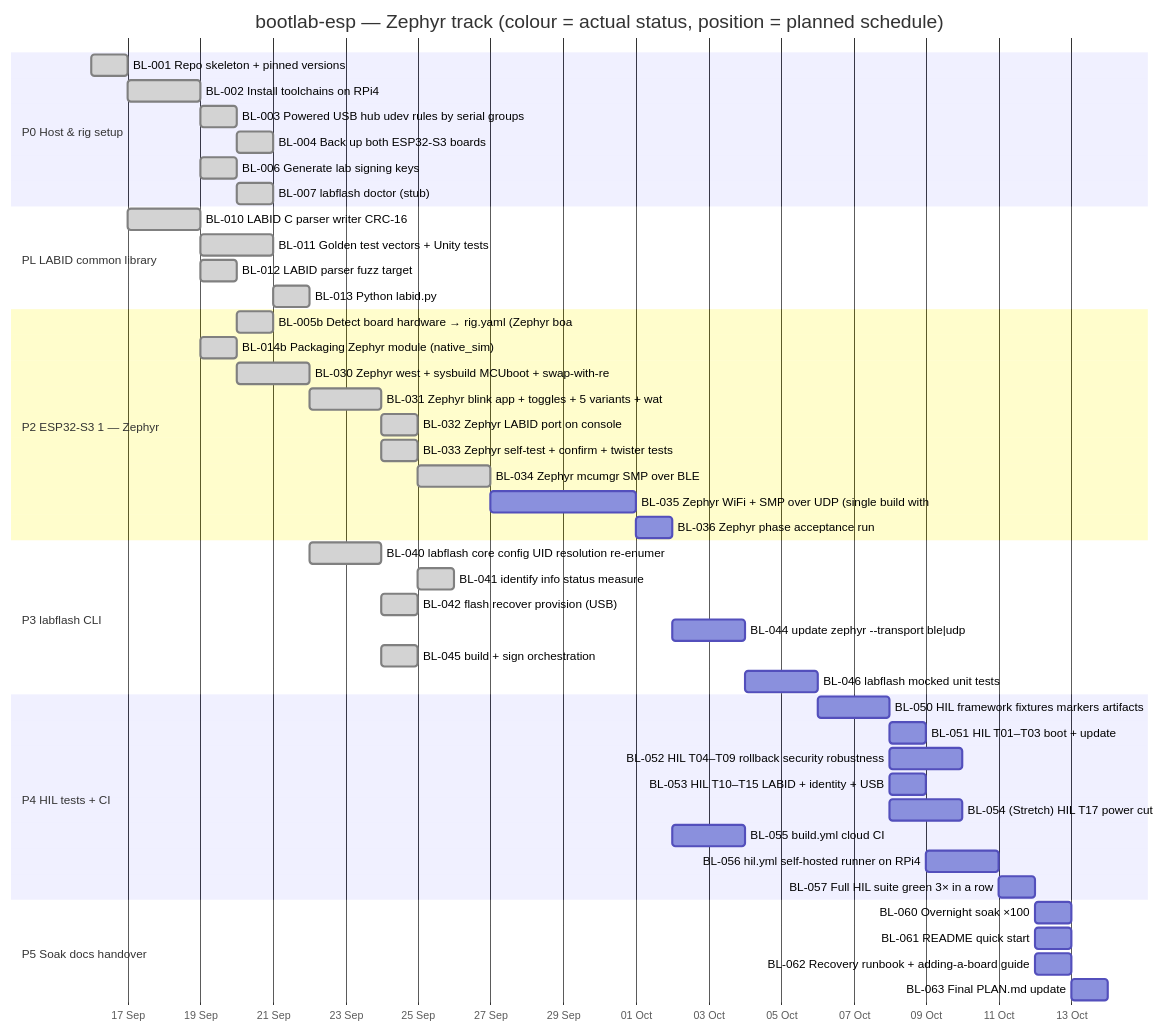
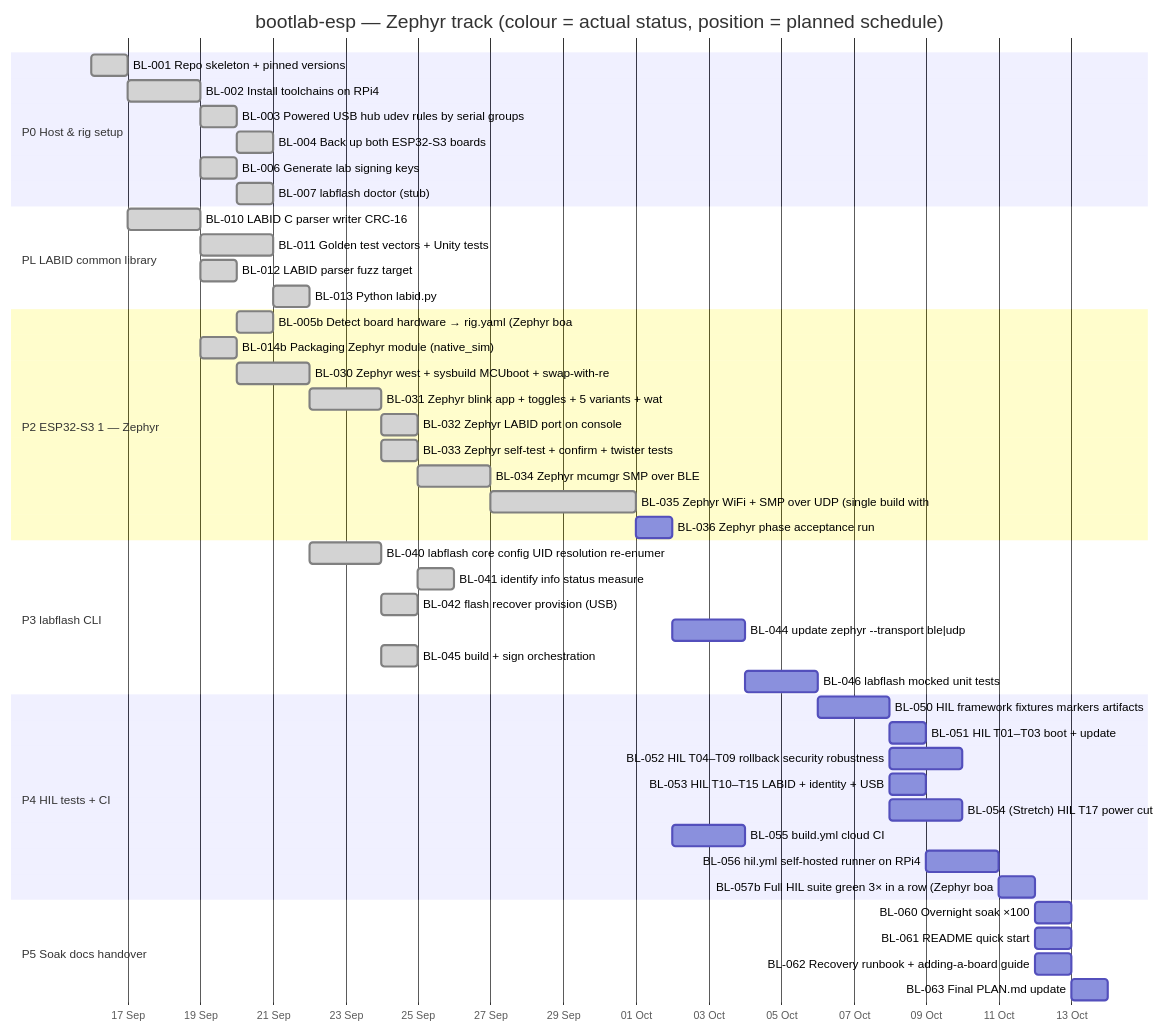
One commit to mohamed-soubhi/bootlab-esp changed the second of 2 diagrams in tickets/GANTT.md. Above: the diagram before and after it, drawn with Mermaid. The commit also changed other lines of this file and 13 other files, not shown here.

Commit message:
feat(zephyr): implement WiFi STA and MCUmgr UDP SMP with BT coexistence (BL-035)

````diff
--- a/tickets/GANTT.md
+++ b/tickets/GANTT.md
@@ -109,50 +110,50 @@
 ```mermaid
 gantt
     title bootlab-esp — Zephyr track (colour = actual status, position = planned schedule)
     dateFormat YYYY-MM-DD
     axisFormat %d %b
     todayMarker stroke-width:3px,stroke:#f80,opacity:0.7
     section P0 Host & rig setup
     BL-001 Repo skeleton + pinned versions :done, bl001, 2026-09-16, 1d
     BL-002 Install toolchains on RPi4 :done, bl002, 2026-09-17, 2d
     BL-003 Powered USB hub udev rules by serial groups :done, bl003, 2026-09-19, 1d
     BL-004 Back up both ESP32-S3 boards :done, bl004, 2026-09-20, 1d
     BL-006 Generate lab signing keys :done, bl006, 2026-09-19, 1d
     BL-007 labflash doctor (stub) :done, bl007, 2026-09-20, 1d
     section PL LABID common library
     BL-010 LABID C parser writer CRC-16 :done, bl010, 2026-09-17, 2d
     BL-011 Golden test vectors + Unity tests :done, bl011, 2026-09-19, 2d
     BL-012 LABID parser fuzz target :done, bl012, 2026-09-19, 1d
     BL-013 Python labid.py :done, bl013, 2026-09-21, 1d
     section P2 ESP32-S3 1 — Zephyr
     BL-005b Detect board hardware → rig.yaml (Zephyr boa :done, bl005b, 2026-09-20, 1d
     BL-014b Packaging Zephyr module (native_sim) :done, bl014b, 2026-09-19, 1d
     BL-030 Zephyr west + sysbuild MCUboot + swap-with-re :done, bl030, 2026-09-20, 2d
     BL-031 Zephyr blink app + toggles + 5 variants + wat :done, bl031, 2026-09-22, 2d
     BL-032 Zephyr LABID port on console :done, bl032, 2026-09-24, 1d
     BL-033 Zephyr self-test + confirm + twister tests :done, bl033, 2026-09-24, 1d
     BL-034 Zephyr mcumgr SMP over BLE :done, bl034, 2026-09-25, 2d
-    BL-035 Zephyr WiFi + SMP over UDP (single build with :bl035, 2026-09-27, 4d
+    BL-035 Zephyr WiFi + SMP over UDP (single build with :done, bl035, 2026-09-27, 4d
     BL-036 Zephyr phase acceptance run :bl036, 2026-10-01, 1d
     section P3 labflash CLI
     BL-040 labflash core config UID resolution re-enumer :done, bl040, 2026-09-22, 2d
     BL-041 identify info status measure :done, bl041, 2026-09-25, 1d
     BL-042 flash recover provision (USB) :done, bl042, 2026-09-24, 1d
     BL-044 update zephyr --transport ble|udp :bl044, 2026-10-02, 2d
     BL-045 build + sign orchestration :done, bl045, 2026-09-24, 1d
     BL-046 labflash mocked unit tests :bl046, 2026-10-04, 2d
     section P4 HIL tests + CI
     BL-050 HIL framework fixtures markers artifacts :bl050, 2026-10-06, 2d
     BL-051 HIL T01–T03 boot + update :bl051, 2026-10-08, 1d
     BL-052 HIL T04–T09 rollback security robustness :bl052, 2026-10-08, 2d
     BL-053 HIL T10–T15 LABID + identity + USB :bl053, 2026-10-08, 1d
     BL-054 (Stretch) HIL T17 power cut :bl054, 2026-10-08, 2d
     BL-055 build.yml cloud CI :bl055, 2026-10-02, 2d
     BL-056 hil.yml self-hosted runner on RPi4 :bl056, 2026-10-09, 2d
-    BL-057 Full HIL suite green 3× in a row :bl057, 2026-10-11, 1d
+    BL-057b Full HIL suite green 3× in a row (Zephyr boa :bl057b, 2026-10-11, 1d
     section P5 Soak docs handover
     BL-060 Overnight soak ×100 :bl060, 2026-10-12, 1d
     BL-061 README quick start :bl061, 2026-10-12, 1d
     BL-062 Recovery runbook + adding-a-board guide :bl062, 2026-10-12, 1d
     BL-063 Final PLAN.md update :bl063, 2026-10-13, 1d
 ```
````
